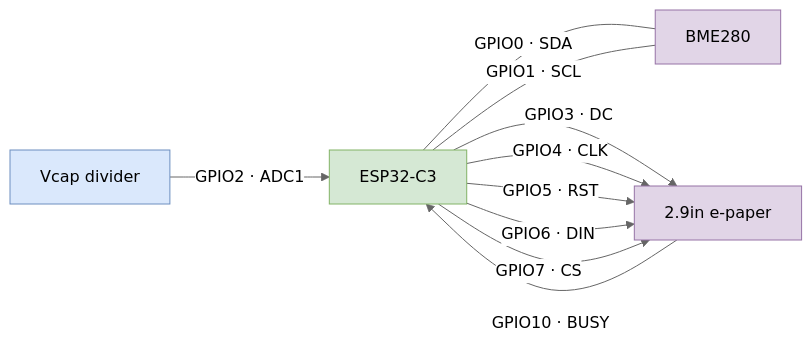
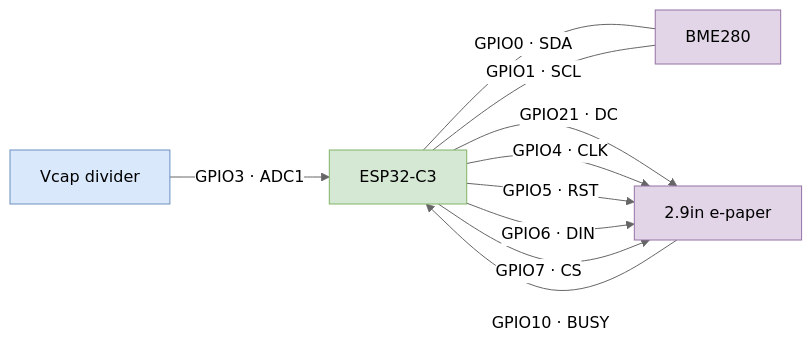
One commit to rolandblok/sensor_satellite changed the second of 2 diagrams in solar_node.md. Above: the diagram before and after it, drawn with Mermaid (neutral theme). The commit also changed other lines of this file and 8 other files, not shown here.

````diff
--- a/solar_node.md
+++ b/solar_node.md
@@ -119,24 +122,24 @@
 ```mermaid
 flowchart LR
     ESP["ESP32-C3"]
     BME["BME280"]
     EPD["2.9in e-paper"]
     DIV["Vcap divider"]
 
     ESP ---|"GPIO0 · SDA"| BME
     ESP ---|"GPIO1 · SCL"| BME
-    DIV -->|"GPIO2 · ADC1"| ESP
-    ESP -->|"GPIO3 · DC"| EPD
+    DIV -->|"GPIO3 · ADC1"| ESP
+    ESP -->|"GPIO21 · DC"| EPD
     ESP -->|"GPIO4 · CLK"| EPD
     ESP -->|"GPIO5 · RST"| EPD
     ESP -->|"GPIO6 · DIN"| EPD
     ESP -->|"GPIO7 · CS"| EPD
     EPD -->|"GPIO10 · BUSY"| ESP
 
     classDef load fill:#d5e8d4,stroke:#82b366,color:#000
     classDef peri fill:#e1d5e7,stroke:#9673a6,color:#000
     classDef store fill:#dae8fc,stroke:#6c8ebf,color:#000
     class ESP load
     class BME,EPD peri
     class DIV store
 ```
````
